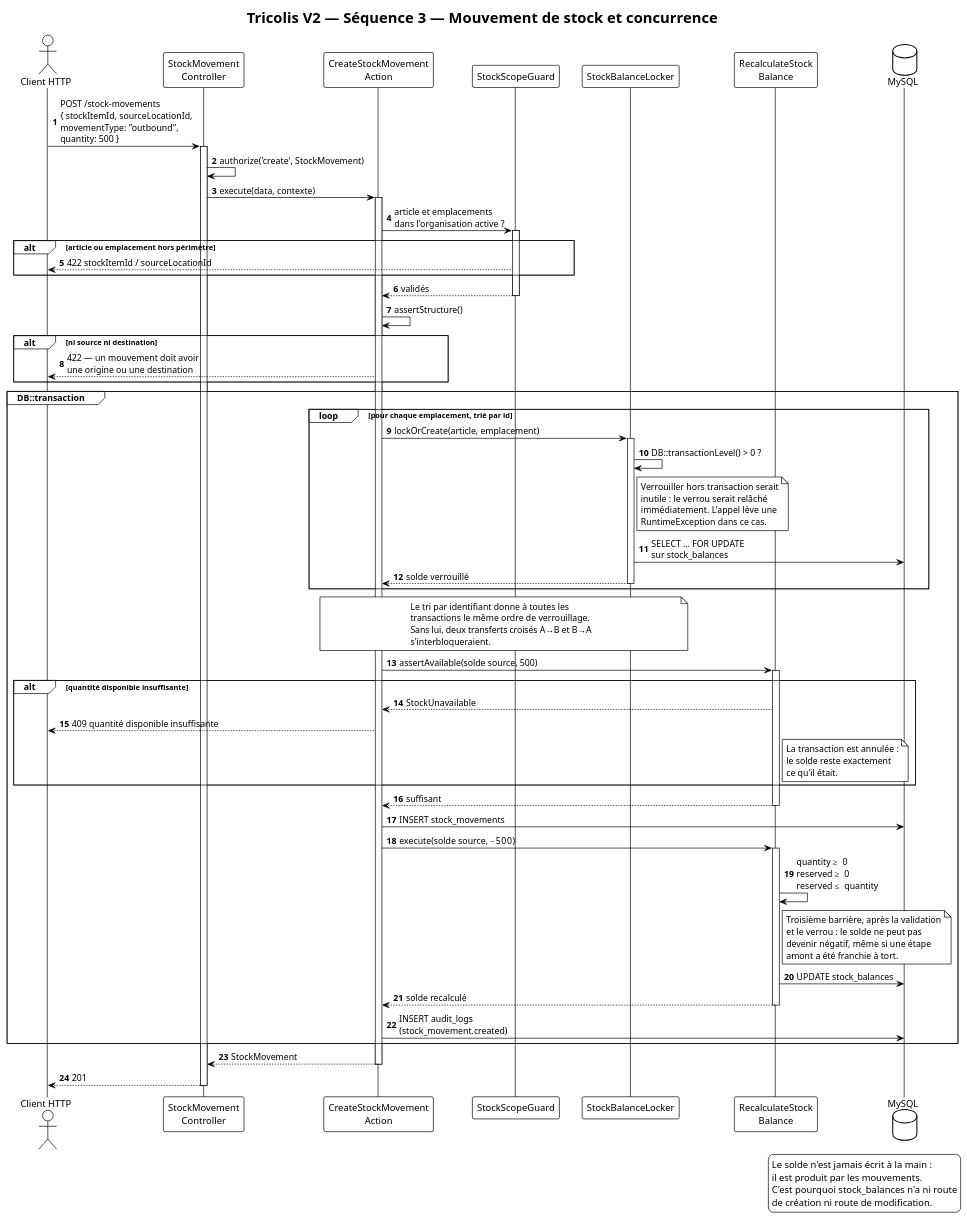
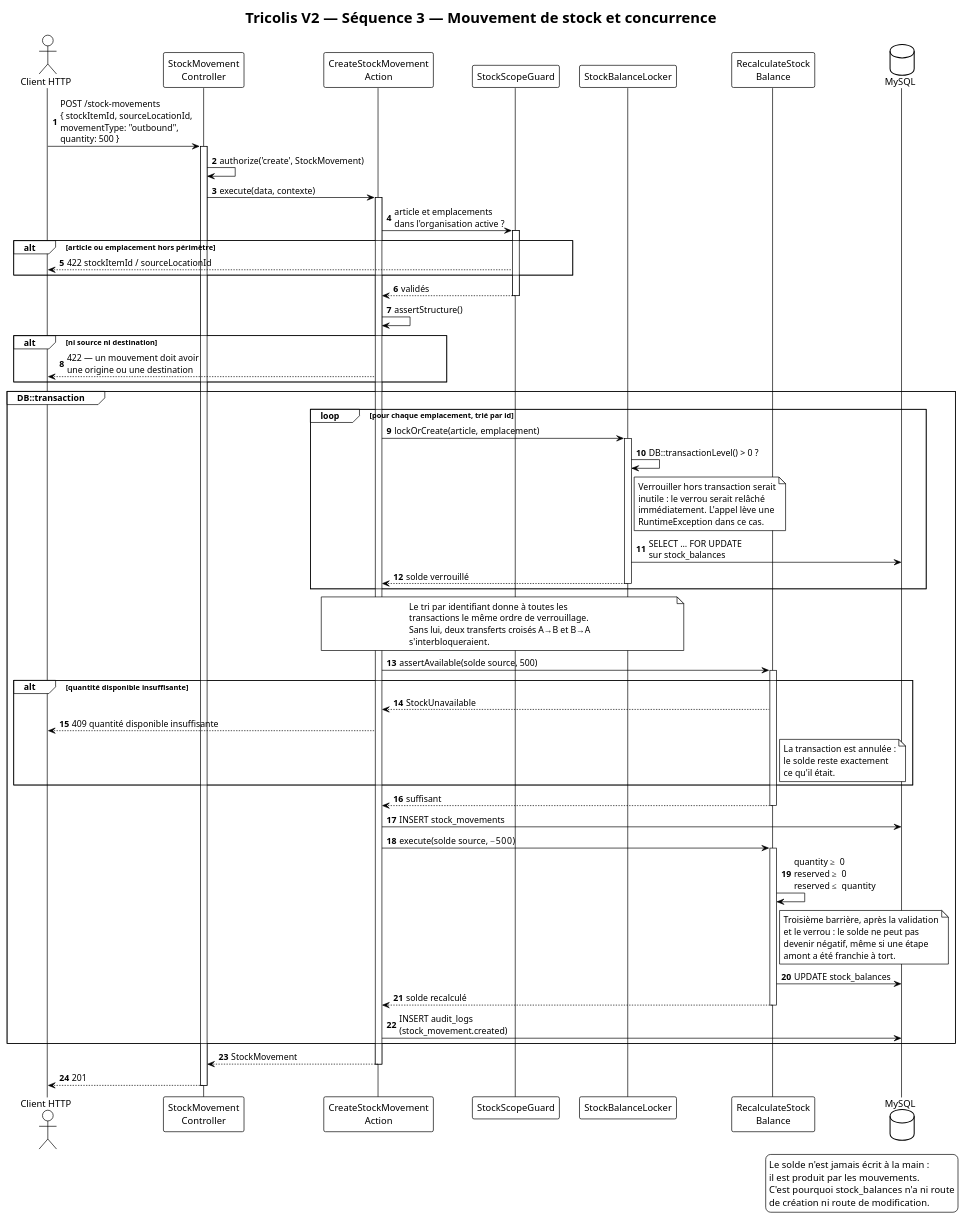
The diagram in Conception/diagramme/sequence-3-mouvement-stock.puml (bouaichiDev/TricolisWeb), drawn with PlantUML before and after one commit. The commit also changed 4 other files, not shown here.

First line of the commit message:
docs: supprimer les skinparam deprecies des diagrammes de sequence

```diff
--- a/Conception/diagramme/sequence-3-mouvement-stock.puml
+++ b/Conception/diagramme/sequence-3-mouvement-stock.puml
@@ -1,111 +1,109 @@
 @startuml
 !theme plain
 skinparam shadowing false
 skinparam sequenceMessageAlign left
 skinparam responseMessageBelowArrow true
 skinparam maxMessageSize 220
-skinparam ParticipantPadding 12
-skinparam BoxPadding 12
 
 title Tricolis V2 — Séquence 3 — Mouvement de stock et concurrence
 
 actor "Client HTTP" as U
 participant "StockMovement\nController" as C
 participant "CreateStockMovement\nAction" as A
 participant "StockScopeGuard" as G
 participant "StockBalanceLocker" as K
 participant "RecalculateStock\nBalance" as B
 database "MySQL" as DB
 
 autonumber
 
 U -> C : POST /stock-movements\n{ stockItemId, sourceLocationId,\nmovementType: "outbound", quantity: 500 }
 activate C
 
 C -> C : authorize('create', StockMovement)
 C -> A : execute(data, contexte)
 activate A
 
 A -> G : article et emplacements\ndans l'organisation active ?
 activate G
 alt article ou emplacement hors périmètre
   G --> U : 422 stockItemId / sourceLocationId
 end
 G --> A : validés
 deactivate G
 
 A -> A : assertStructure()
 alt ni source ni destination
   A --> U : 422 — un mouvement doit avoir\nune origine ou une destination
 end
 
 group DB::transaction
 
   loop pour chaque emplacement, trié par id
     A -> K : lockOrCreate(article, emplacement)
     activate K
     K -> K : DB::transactionLevel() > 0 ?
     note right of K
       Verrouiller hors transaction serait
       inutile : le verrou serait relâché
       immédiatement. L'appel lève une
       RuntimeException dans ce cas.
     end note
     K -> DB : SELECT … FOR UPDATE\nsur stock_balances
     K --> A : solde verrouillé
     deactivate K
   end
 
   note over A, K
     Le tri par identifiant donne à toutes les
     transactions le même ordre de verrouillage.
     Sans lui, deux transferts croisés A→B et B→A
     s'interbloqueraient.
   end note
 
   A -> B : assertAvailable(solde source, 500)
   activate B
   alt quantité disponible insuffisante
     B --> A : StockUnavailable
     A --> U : 409 quantité disponible insuffisante
     note right of B
       La transaction est annulée :
       le solde reste exactement
       ce qu'il était.
     end note
   end
   B --> A : suffisant
   deactivate B
 
   A -> DB : INSERT stock_movements
 
   A -> B : execute(solde source, −500)
   activate B
   B -> B : quantity ≥ 0\nreserved ≥ 0\nreserved ≤ quantity
   note right of B
     Troisième barrière, après la validation
     et le verrou : le solde ne peut pas
     devenir négatif, même si une étape
     amont a été franchie à tort.
   end note
   B -> DB : UPDATE stock_balances
   B --> A : solde recalculé
   deactivate B
 
   A -> DB : INSERT audit_logs\n(stock_movement.created)
 
 end
 
 A --> C : StockMovement
 deactivate A
 C --> U : 201
 deactivate C
 
 legend right
   Le solde n'est jamais écrit à la main :
   il est produit par les mouvements.
   C'est pourquoi stock_balances n'a ni route
   de création ni route de modification.
 end legend
 
 @enduml
```
